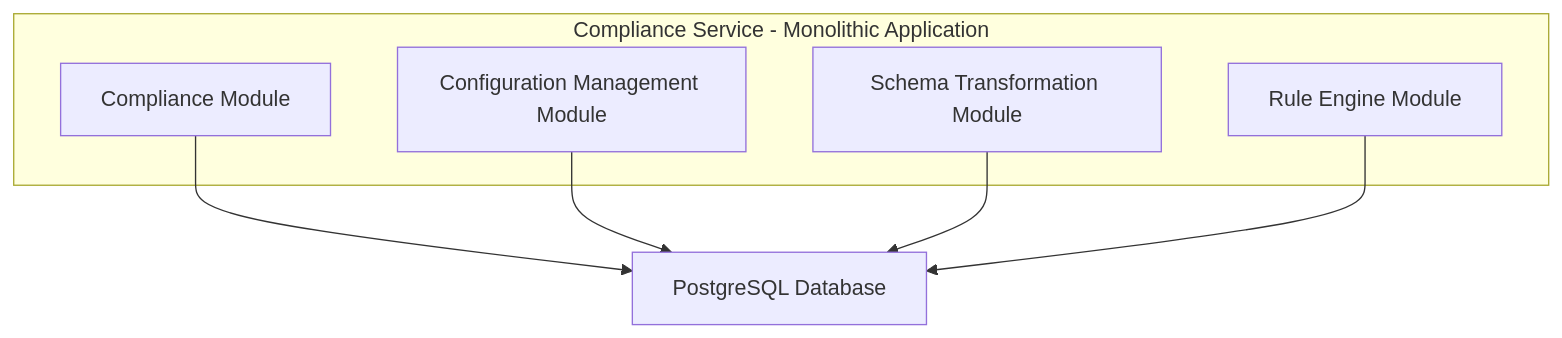
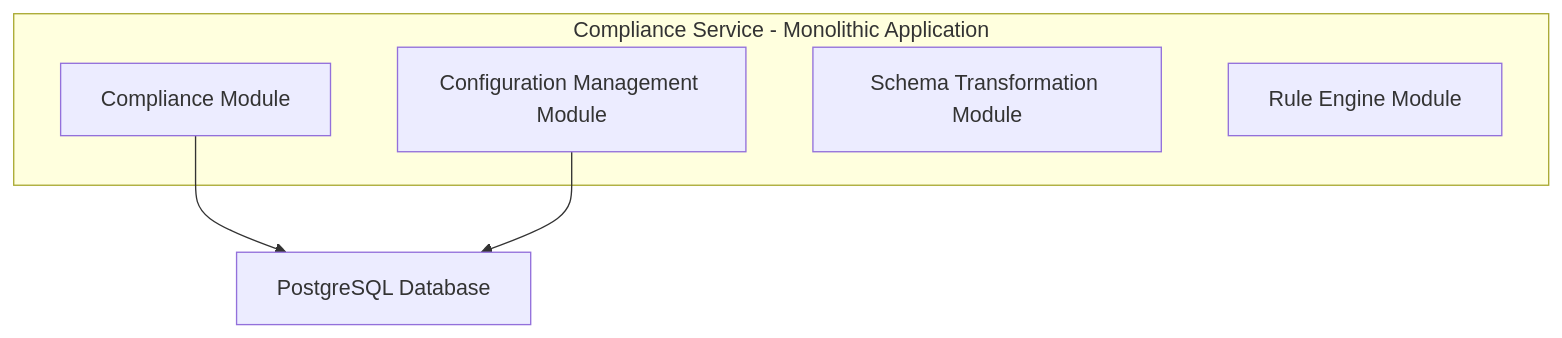
Before and after one commit to miketolbert/compliance-service: the second of 3 diagrams in SIMPLIFIED_APPROACH.md, drawn with Mermaid. The commit also changed other lines of this file, not shown here.

Commit message:
add sequence diagram

````diff
--- a/SIMPLIFIED_APPROACH.md
+++ b/SIMPLIFIED_APPROACH.md
@@ -23,15 +23,13 @@
 ```mermaid
 graph TD
 
     subgraph Compliance Service - Monolithic Application
         C1[Compliance Module]
         C2[Configuration Management Module]
         C3[Schema Transformation Module]
         C4[Rule Engine Module]
     end
 
     C1 --> D[PostgreSQL Database]
     C2 --> D
-    C3 --> D
-    C4 --> D
 ```
````
